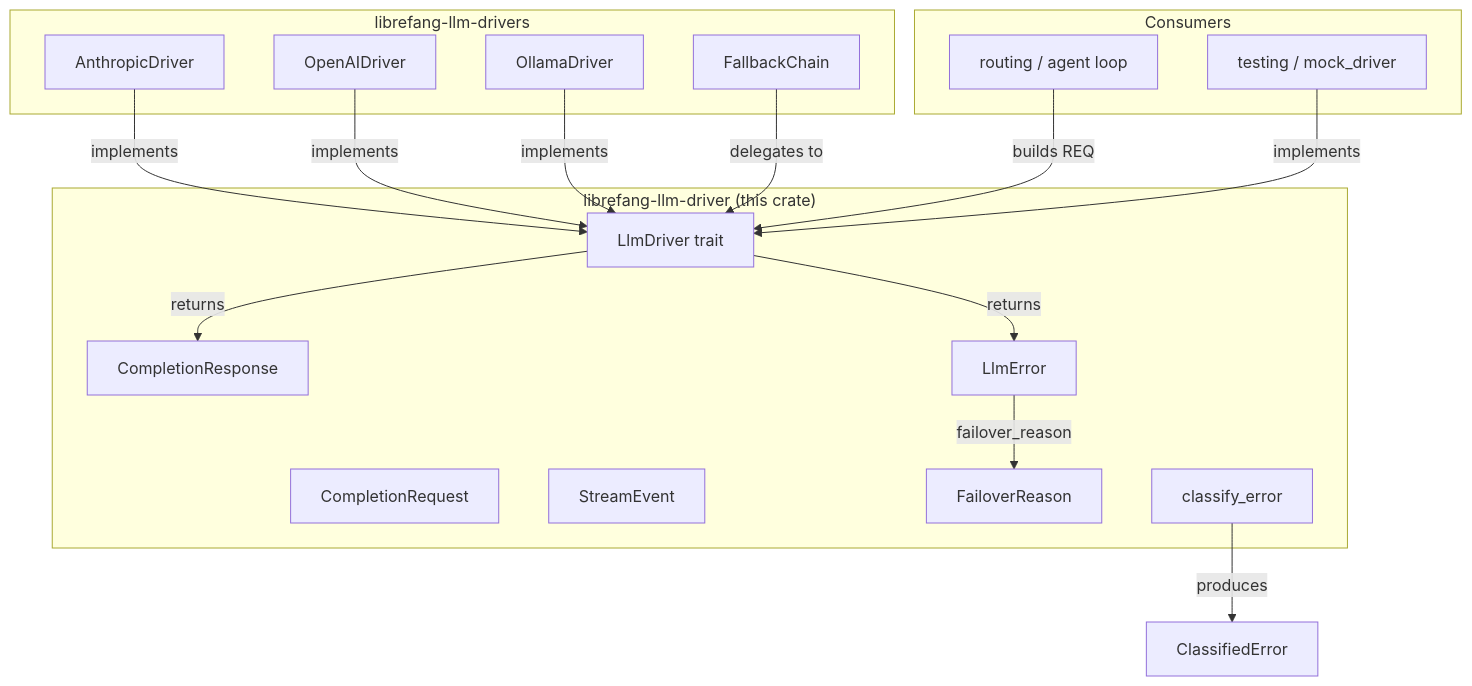
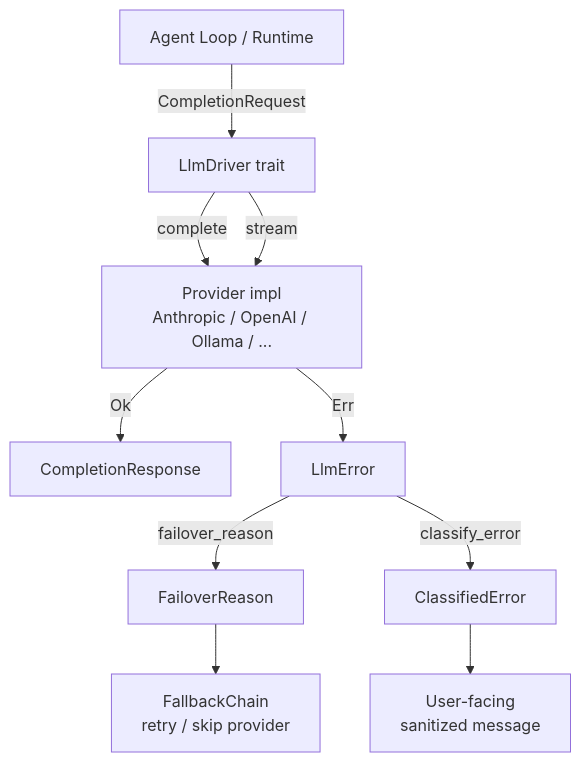
One commit to leszek3737/librefang-WIki changed the diagram in llm-drivers-librefang-llm-driver-src.md. Above: the diagram before and after it, drawn with Mermaid. The commit also changed other lines of this file and 98 other files, not shown here.

````diff
--- a/llm-drivers-librefang-llm-driver-src.md
+++ b/llm-drivers-librefang-llm-driver-src.md
@@ -24,36 +9,12 @@
 ```mermaid
 graph TD
-    subgraph "librefang-llm-driver (this crate)"
-        LLM[LlmDriver trait]
-        REQ[CompletionRequest]
-        RESP[CompletionResponse]
-        SE[StreamEvent]
-        LE[LlmError]
-        FR[FailoverReason]
-        CE[classify_error]
-    end
-
-    subgraph "librefang-llm-drivers"
-        A[AnthropicDriver]
-        O[OpenAIDriver]
-        OLL[OllamaDriver]
-        FB[FallbackChain]
-    end
-
-    subgraph "Consumers"
-        RT[routing / agent loop]
-        TS[testing / mock_driver]
-    end
-
-    A -->|implements| LLM
-    O -->|implements| LLM
-    OLL -->|implements| LLM
-    FB -->|delegates to| LLM
-
-    RT -->|builds REQ| LLM
-    LLM -->|returns| RESP
-    LLM -->|returns| LE
-    LE -->|failover_reason| FR
-    CE -->|produces| ClassifiedError
-    TS -->|implements| LLM
+    A[Agent Loop / Runtime] -->|CompletionRequest| B[LlmDriver trait]
+    B -->|complete| C[Provider impl<br/>Anthropic / OpenAI / Ollama / ...]
+    B -->|stream| C
+    C -->|Ok| D[CompletionResponse]
+    C -->|Err| E[LlmError]
+    E -->|failover_reason| F[FailoverReason]
+    E -->|classify_error| G[ClassifiedError]
+    F --> H[FallbackChain<br/>retry / skip provider]
+    G --> I[User-facing<br/>sanitized message]
 ```
````
